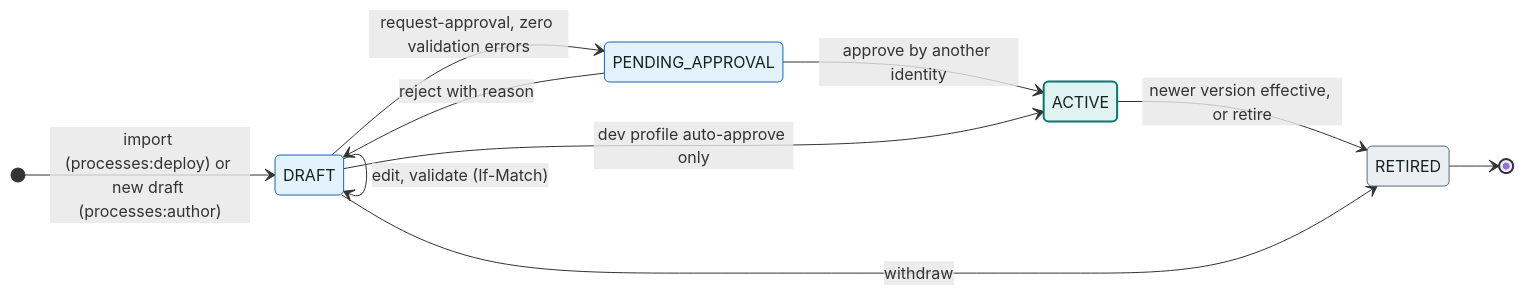
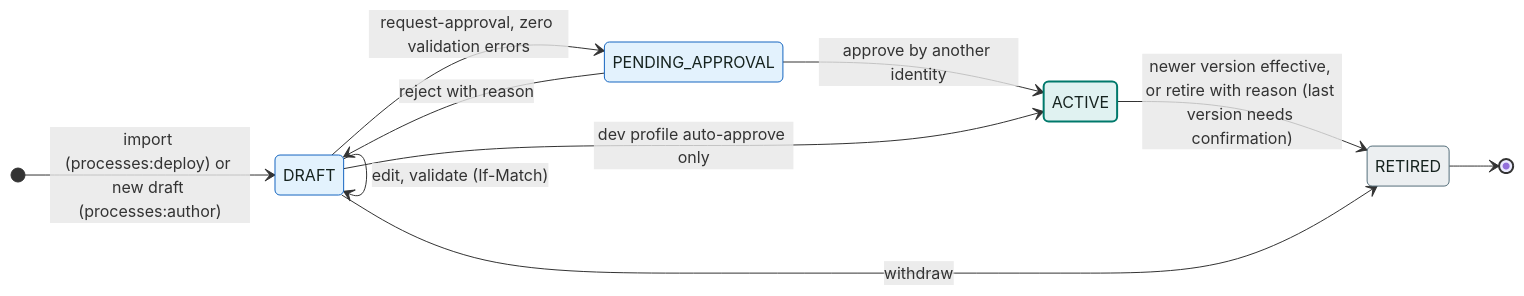
The diagram in process-engine/docs/diagrams/definition-lifecycle.mmd (dhluong90/horus-Agentic-BPM), drawn with Mermaid before and after one commit. The commit also changed 13 other files, not shown here.

```diff
--- a/process-engine/docs/diagrams/definition-lifecycle.mmd
+++ b/process-engine/docs/diagrams/definition-lifecycle.mmd
@@ -1,17 +1,17 @@
 stateDiagram-v2
   direction LR
   [*] --> DRAFT: import (processes:deploy) or new draft (processes:author)
   DRAFT --> DRAFT: edit, validate (If-Match)
   DRAFT --> PENDING_APPROVAL: request-approval, zero validation errors
   PENDING_APPROVAL --> DRAFT: reject with reason
   PENDING_APPROVAL --> ACTIVE: approve by another identity
   DRAFT --> ACTIVE: dev profile auto-approve only
-  ACTIVE --> RETIRED: newer version effective, or retire
+  ACTIVE --> RETIRED: newer version effective, or retire with reason (last version needs confirmation)
   DRAFT --> RETIRED: withdraw
   RETIRED --> [*]
   classDef engine fill:#E0F2F1,stroke:#00796B,stroke-width:2px,color:#16231F
   classDef client fill:#E3F2FD,stroke:#1565C0,color:#16231F
   classDef obs fill:#ECEFF1,stroke:#546E7A,color:#16231F
   class DRAFT,PENDING_APPROVAL client
   class ACTIVE engine
   class RETIRED obs
```
